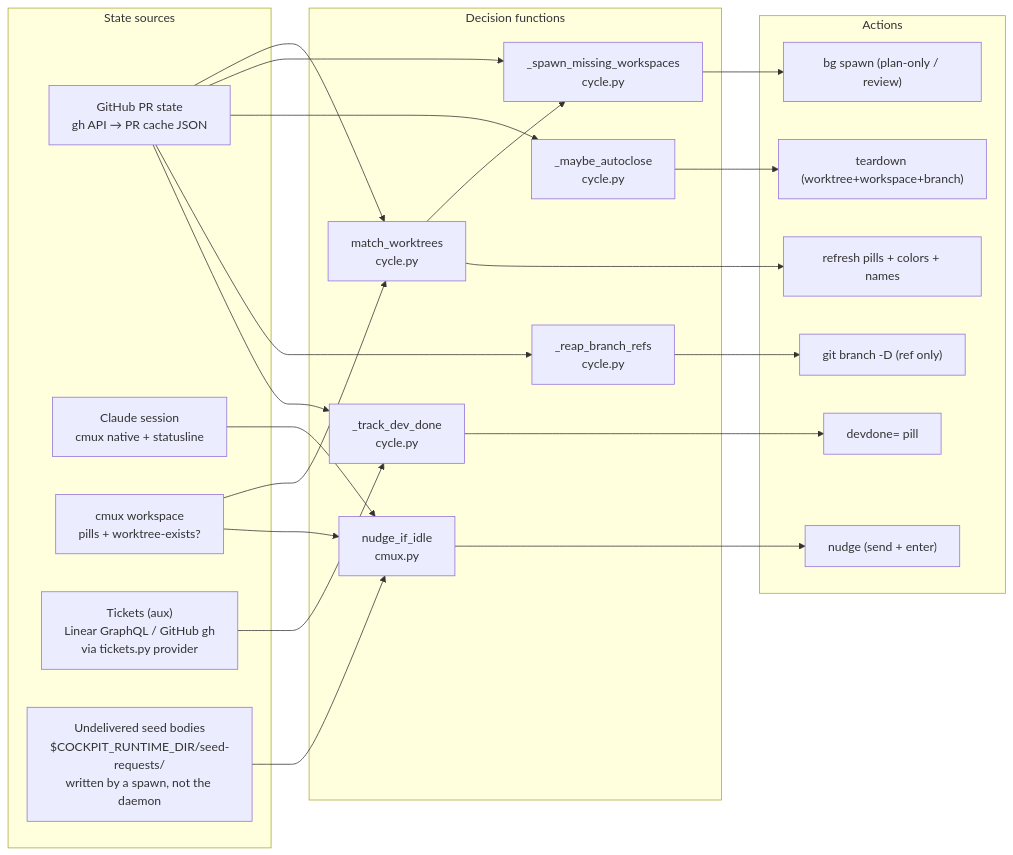
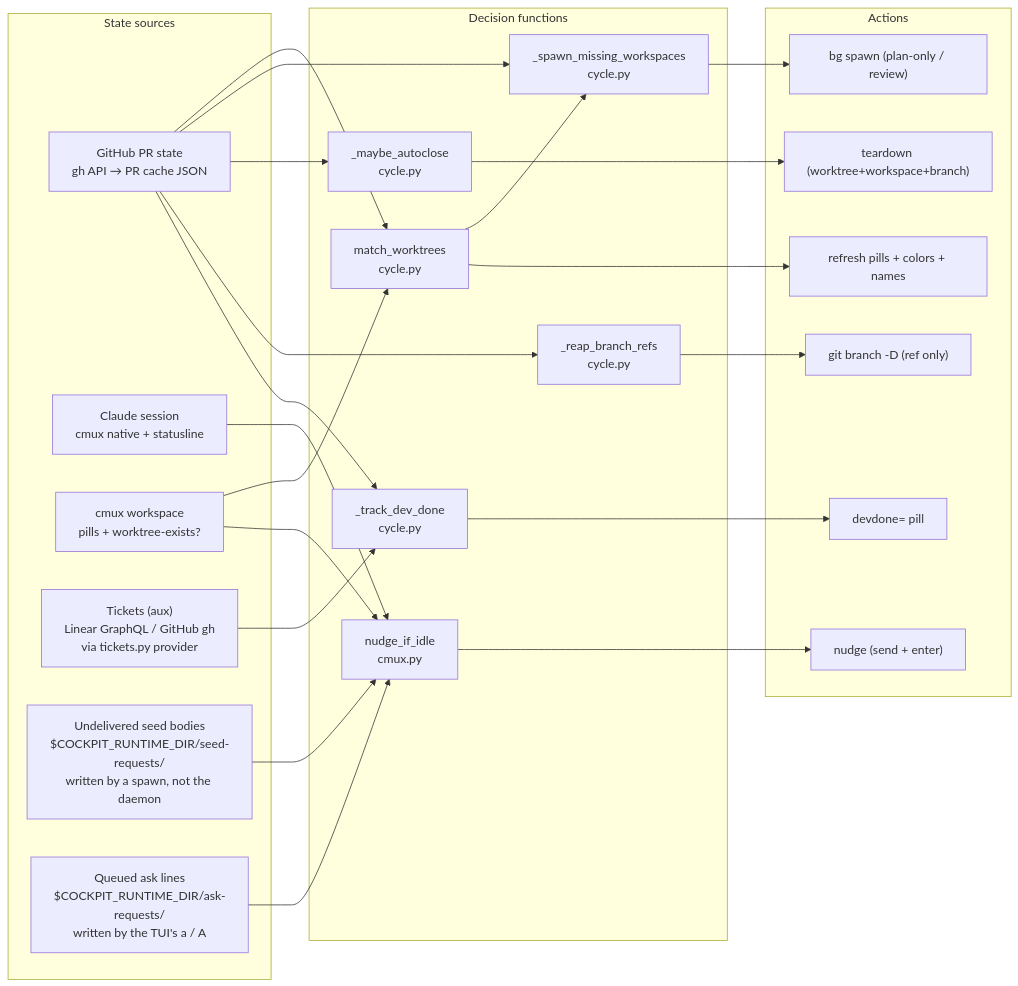
One commit to khivi/cockpit changed the first of 5 diagrams in docs/state-machine.md. Above: the diagram before and after it, drawn with Mermaid. The commit also changed other lines of this file and 15 other files, not shown here.

Commit message:
feat(tui): queue an ask refused by a busy session until it is idle (#570)

````diff
--- a/docs/state-machine.md
+++ b/docs/state-machine.md
@@ -58,43 +58,45 @@
 ```mermaid
 flowchart LR
   subgraph SRC["State sources"]
     GH["GitHub PR state<br/>gh API → PR cache JSON"]
     CL["Claude session<br/>cmux native + statusline"]
     CM["cmux workspace<br/>pills + worktree-exists?"]
     LIN["Tickets (aux)<br/>Linear GraphQL / GitHub gh<br/>via tickets.py provider"]
     SQ["Undelivered seed bodies<br/>$COCKPIT_RUNTIME_DIR/seed-requests/<br/>written by a spawn, not the daemon"]
+    AQ["Queued ask lines<br/>$COCKPIT_RUNTIME_DIR/ask-requests/<br/>written by the TUI's a / A"]
   end
 
   subgraph DEC["Decision functions"]
     MW["match_worktrees<br/>cycle.py"]
     SM["_spawn_missing_workspaces<br/>cycle.py"]
     NI["nudge_if_idle<br/>cmux.py"]
     DD["_track_dev_done<br/>cycle.py"]
     AC["_maybe_autoclose<br/>cycle.py"]
     BR["_reap_branch_refs<br/>cycle.py"]
   end
 
   subgraph ACT["Actions"]
     A1["bg spawn (plan-only / review)"]
     A2["nudge (send + enter)"]
     A4["teardown (worktree+workspace+branch)"]
     A5["refresh pills + colors + names"]
     A6["git branch -D (ref only)"]
     A7["devdone= pill"]
   end
 
   GH --> MW & SM & AC & BR
   GH --> DD
   CM --> MW & NI
   CL --> NI
   SQ --> NI
+  AQ --> NI
   LIN --> DD
 
   MW --> SM
   SM --> A1
   NI --> A2
   AC --> A4
   MW --> A5
   BR --> A6
   DD --> A7
 ```
````
